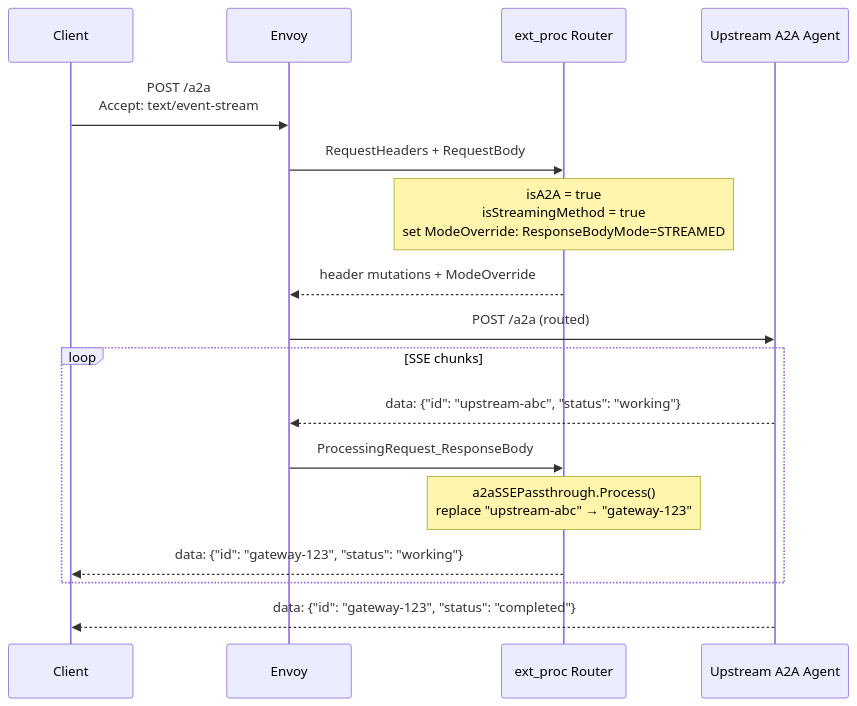
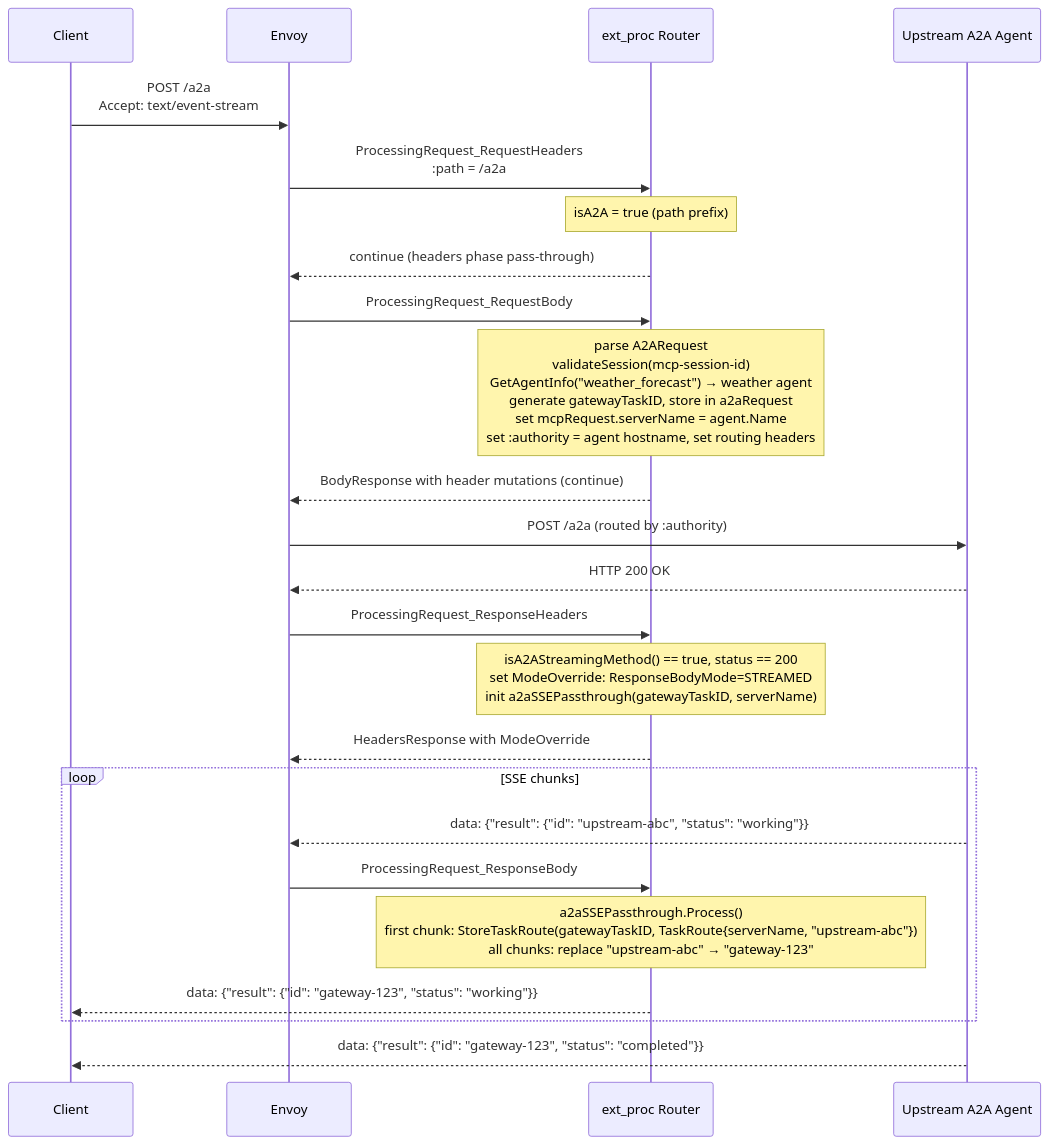
The third of 5 diagrams in docs/design/a2a/a2a-design.md (Aman-Cool/mcp-gateway), drawn with Mermaid before and after one commit. The commit also changed other lines of this file and 1 other file, not shown here.

First line of the commit message:
docs: fix ext_proc flow, task route timing, and missing phases in A2A design

````diff
--- a/docs/design/a2a/a2a-design.md
+++ b/docs/design/a2a/a2a-design.md
@@ -151,20 +155,27 @@
 ```mermaid
 sequenceDiagram
     participant Client
     participant Envoy
     participant Router as ext_proc Router
     participant Upstream as Upstream A2A Agent
 
     Client->>Envoy: POST /a2a<br/>Accept: text/event-stream
-    Envoy->>Router: RequestHeaders + RequestBody
-    Note over Router: isA2A = true<br/>isStreamingMethod = true<br/>set ModeOverride: ResponseBodyMode=STREAMED
-    Router-->>Envoy: header mutations + ModeOverride
-    Envoy->>Upstream: POST /a2a (routed)
+    Envoy->>Router: ProcessingRequest_RequestHeaders<br/>:path = /a2a
+    Note over Router: isA2A = true (path prefix)
+    Router-->>Envoy: continue (headers phase pass-through)
+    Envoy->>Router: ProcessingRequest_RequestBody
+    Note over Router: parse A2ARequest<br/>validateSession(mcp-session-id)<br/>GetAgentInfo("weather_forecast") → weather agent<br/>generate gatewayTaskID, store in a2aRequest<br/>set mcpRequest.serverName = agent.Name<br/>set :authority = agent hostname, set routing headers
+    Router-->>Envoy: BodyResponse with header mutations (continue)
+    Envoy->>Upstream: POST /a2a (routed by :authority)
+    Upstream-->>Envoy: HTTP 200 OK
+    Envoy->>Router: ProcessingRequest_ResponseHeaders
+    Note over Router: isA2AStreamingMethod() == true, status == 200<br/>set ModeOverride: ResponseBodyMode=STREAMED<br/>init a2aSSEPassthrough(gatewayTaskID, serverName)
+    Router-->>Envoy: HeadersResponse with ModeOverride
     loop SSE chunks
-        Upstream-->>Envoy: data: {"id": "upstream-abc", "status": "working"}
+        Upstream-->>Envoy: data: {"result": {"id": "upstream-abc", "status": "working"}}
         Envoy->>Router: ProcessingRequest_ResponseBody
-        Note over Router: a2aSSEPassthrough.Process()<br/>replace "upstream-abc" → "gateway-123"
-        Router-->>Client: data: {"id": "gateway-123", "status": "working"}
+        Note over Router: a2aSSEPassthrough.Process()<br/>first chunk: StoreTaskRoute(gatewayTaskID, TaskRoute{serverName, "upstream-abc"})<br/>all chunks: replace "upstream-abc" → "gateway-123"
+        Router-->>Client: data: {"result": {"id": "gateway-123", "status": "working"}}
     end
-    Upstream-->>Client: data: {"id": "gateway-123", "status": "completed"}
+    Upstream-->>Client: data: {"result": {"id": "gateway-123", "status": "completed"}}
 ```
````
